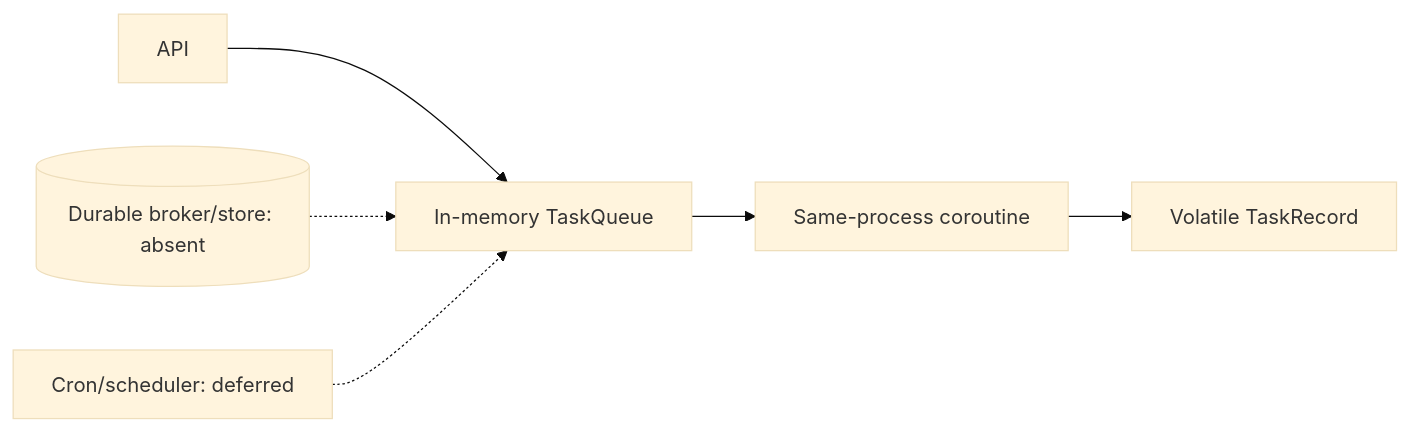
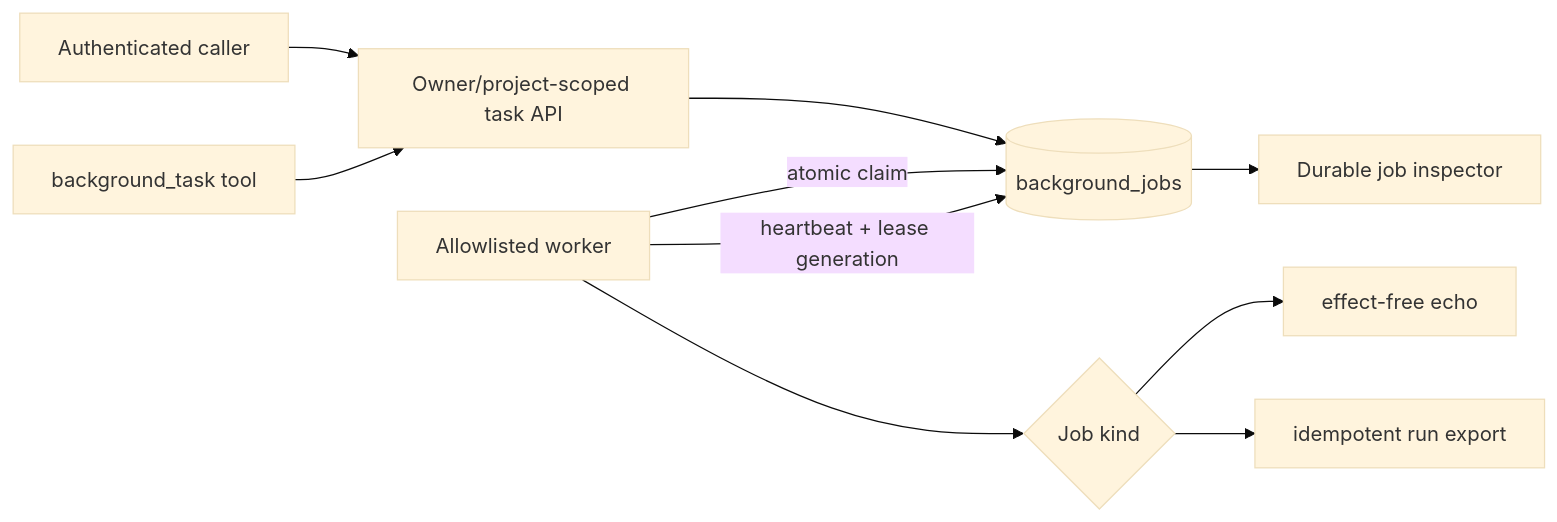
Before and after one commit to levalencia/archon: the first of 2 diagrams in docs/course/concepts/background-jobs-scheduling.md, drawn with Mermaid (base theme). The commit also changed other lines of this file and 5 other files, not shown here.

````diff
--- a/docs/course/concepts/background-jobs-scheduling.md
+++ b/docs/course/concepts/background-jobs-scheduling.md
@@ -19,8 +17,12 @@
 ```mermaid
 flowchart LR
-    API --> Queue[In-memory TaskQueue]
-    Queue --> Worker[Same-process coroutine]
-    Worker --> Result[Volatile TaskRecord]
-    Durable[(Durable broker/store: absent)] -.-> Queue
-    Scheduler[Cron/scheduler: deferred] -.-> Queue
+    Caller[Authenticated caller] --> API[Owner/project-scoped task API]
+    Agent[background_task tool] --> API
+    API --> DB[(background_jobs)]
+    Worker[Allowlisted worker] -->|atomic claim| DB
+    Worker -->|heartbeat + lease generation| DB
+    Worker --> Handler{Job kind}
+    Handler --> Echo[effect-free echo]
+    Handler --> Export[idempotent run export]
+    DB --> UI[Durable job inspector]
 ```
````
